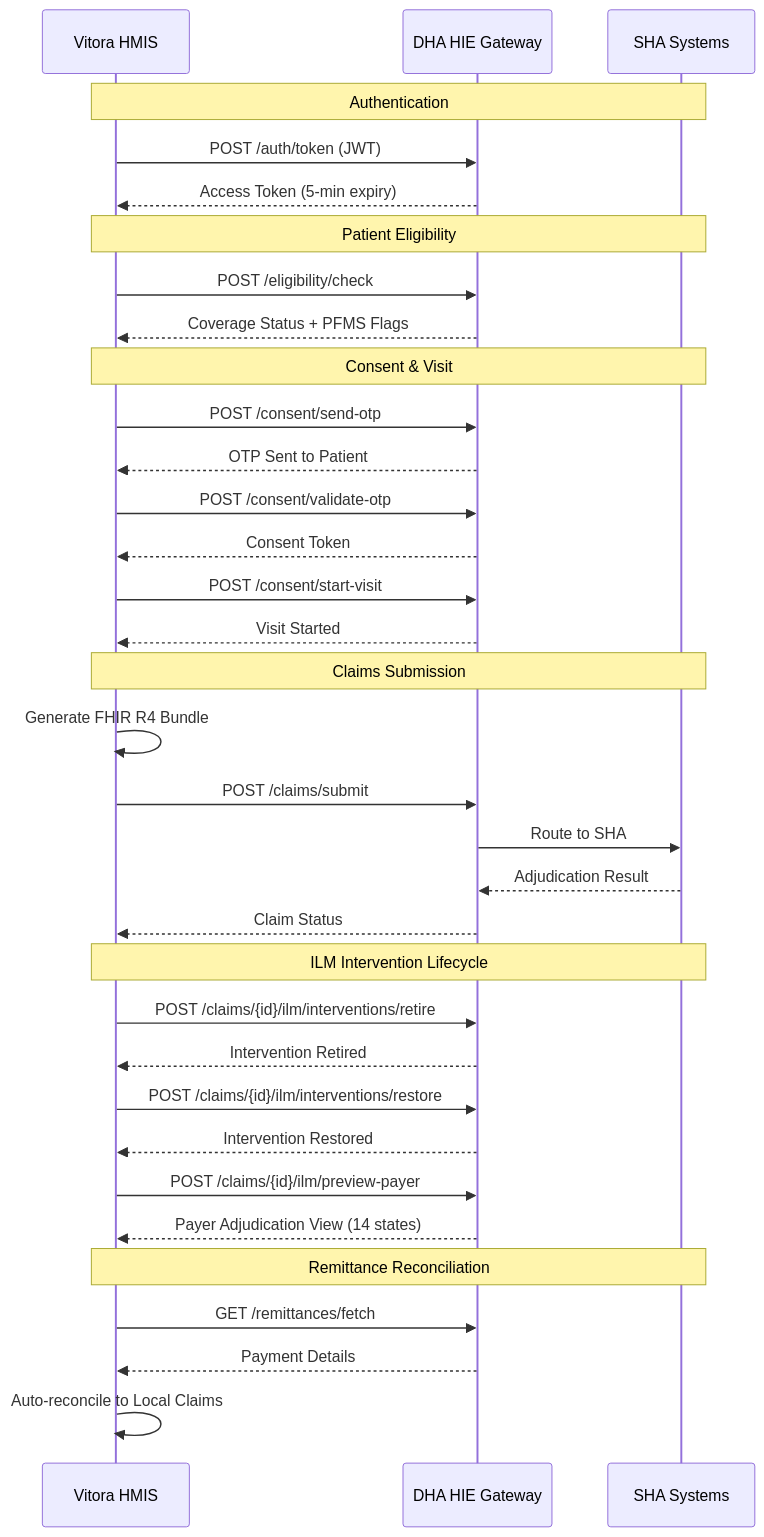
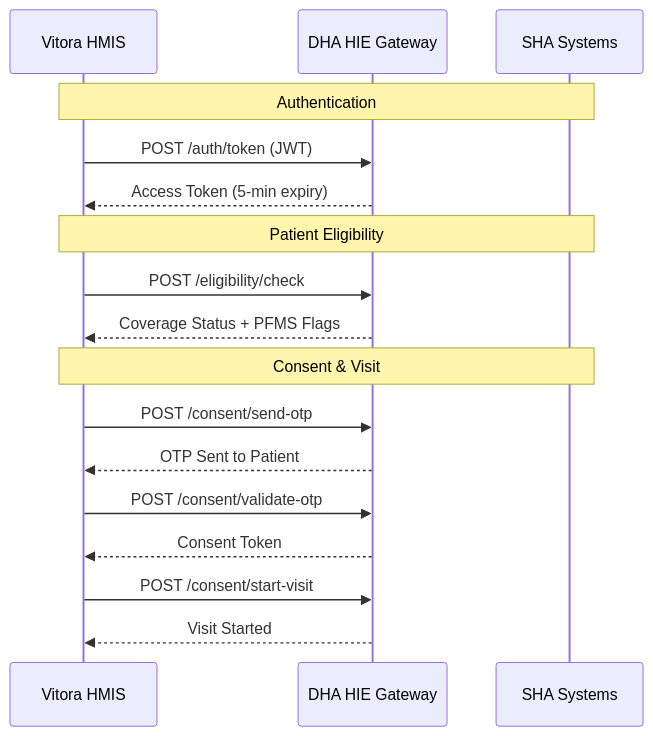
One commit to nexora-africa-ltd/vitora changed diagram 11 of 20 in docs/architecture-diagrams.md. Above: the diagram before and after it, drawn with Mermaid. The commit also changed other lines of this file and 1 other file, not shown here.

First line of the commit message:
feat(infra): provision web Front Door and update architecture

````diff
--- a/docs/architecture-diagrams.md
+++ b/docs/architecture-diagrams.md
@@ -394,42 +406,23 @@
 ```mermaid
 sequenceDiagram
     participant V as Vitora HMIS
     participant DHA as DHA HIE Gateway
     participant SHA_SYS as SHA Systems
 
     Note over V,SHA_SYS: Authentication
     V->>DHA: POST /auth/token (JWT)
     DHA-->>V: Access Token (5-min expiry)
 
     Note over V,SHA_SYS: Patient Eligibility
     V->>DHA: POST /eligibility/check
     DHA-->>V: Coverage Status + PFMS Flags
 
     Note over V,SHA_SYS: Consent & Visit
     V->>DHA: POST /consent/send-otp
     DHA-->>V: OTP Sent to Patient
     V->>DHA: POST /consent/validate-otp
     DHA-->>V: Consent Token
     V->>DHA: POST /consent/start-visit
     DHA-->>V: Visit Started
 
-    Note over V,SHA_SYS: Claims Submission
-    V->>V: Generate FHIR R4 Bundle
-    V->>DHA: POST /claims/submit
-    DHA->>SHA_SYS: Route to SHA
-    SHA_SYS-->>DHA: Adjudication Result
-    DHA-->>V: Claim Status
-
-    Note over V,SHA_SYS: ILM Intervention Lifecycle
-    V->>DHA: POST /claims/{id}/ilm/interventions/retire
-    DHA-->>V: Intervention Retired
-    V->>DHA: POST /claims/{id}/ilm/interventions/restore
-    DHA-->>V: Intervention Restored
-    V->>DHA: POST /claims/{id}/ilm/preview-payer
-    DHA-->>V: Payer Adjudication View (14 states)
-
-    Note over V,SHA_SYS: Remittance Reconciliation
-    V->>DHA: GET /remittances/fetch
-    DHA-->>V: Payment Details
-    V->>V: Auto-reconcile to Local Claims
 ```
````
